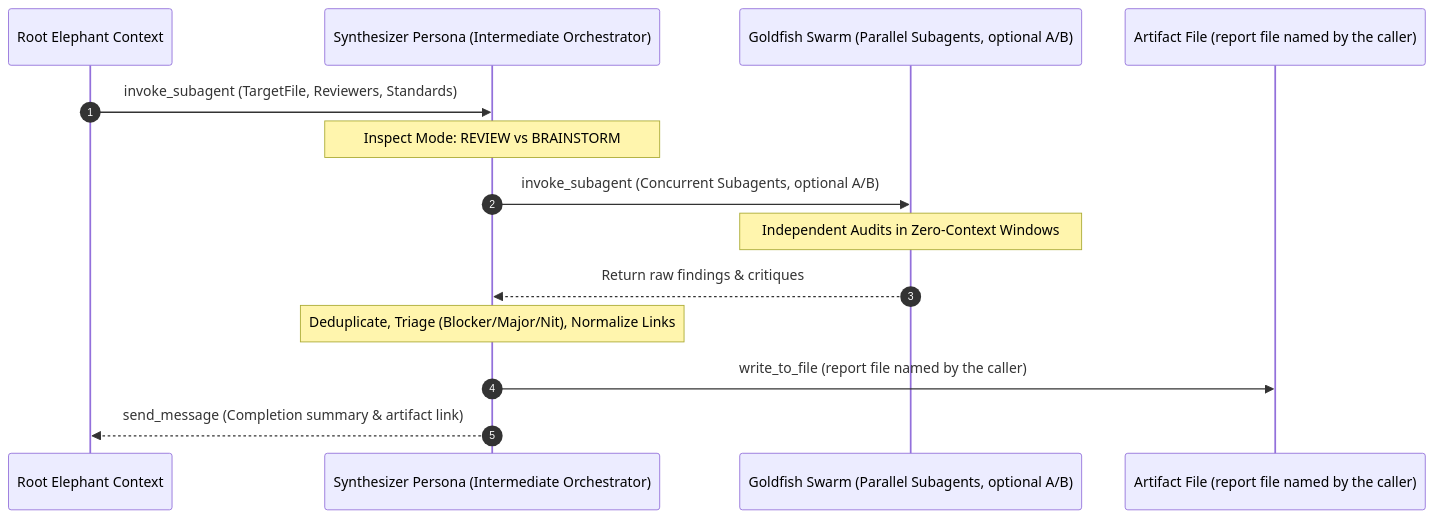
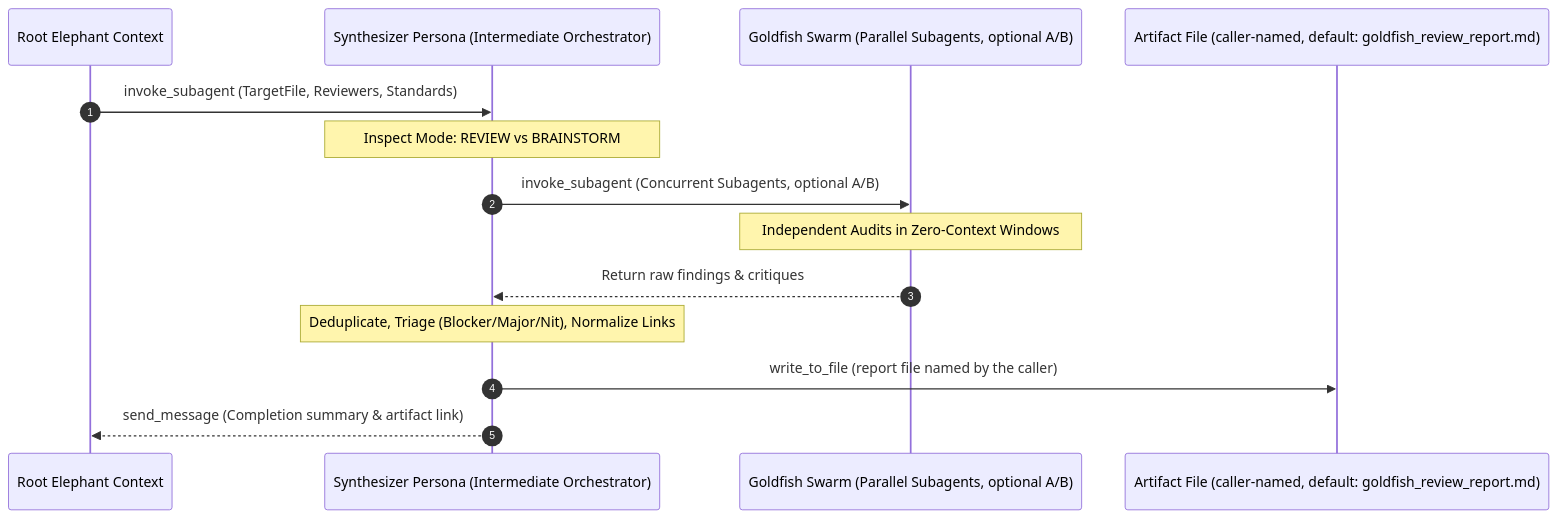
The diagram in docs/designs/synthesizer.md (google/elephant-goldfish-model), drawn with Mermaid before and after one commit.

Commit message:
docs(designs): show the default report filename in the diagram

````diff
--- a/docs/designs/synthesizer.md
+++ b/docs/designs/synthesizer.md
@@ -37,17 +37,17 @@
 ```mermaid
 sequenceDiagram
     autonumber
     participant Elephant as Root Elephant Context
     participant Synth as Synthesizer Persona (Intermediate Orchestrator)
     participant Swarm as Goldfish Swarm (Parallel Subagents, optional A/B)
-    participant Artifact as Artifact File (report file named by the caller)
+    participant Artifact as Artifact File (caller-named, default: goldfish_review_report.md)
 
     Elephant->>Synth: invoke_subagent (TargetFile, Reviewers, Standards)
     Note over Synth: Inspect Mode: REVIEW vs BRAINSTORM
     Synth->>Swarm: invoke_subagent (Concurrent Subagents, optional A/B)
     Note over Swarm: Independent Audits in Zero-Context Windows
     Swarm-->>Synth: Return raw findings & critiques
     Note over Synth: Deduplicate, Triage (Blocker/Major/Nit), Normalize Links
     Synth->>Artifact: write_to_file (report file named by the caller)
     Synth-->>Elephant: send_message (Completion summary & artifact link)
 ```
````
